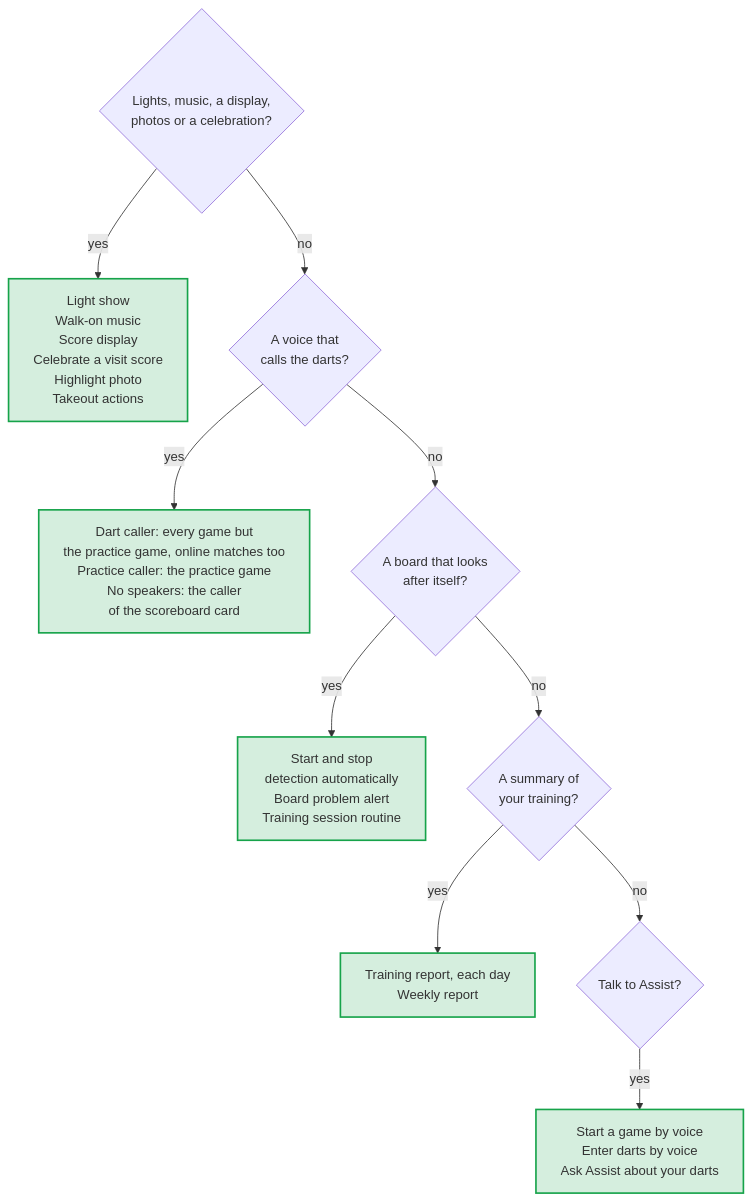
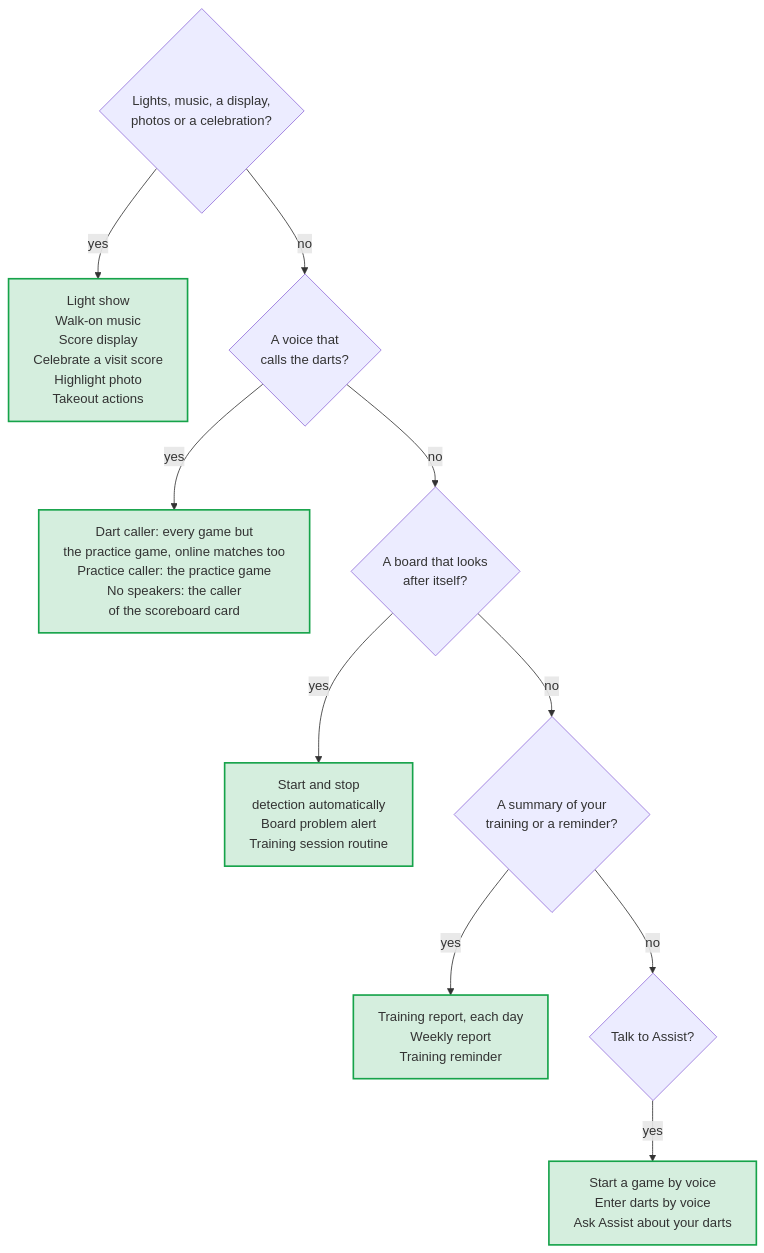
The diagram in docs/diagrams/choose-blueprint.en.mmd (Dennis-Otto/homedarts-for-autodarts), drawn with Mermaid before and after one commit. The commit also changed 38 other files, not shown here.

```diff
--- a/docs/diagrams/choose-blueprint.en.mmd
+++ b/docs/diagrams/choose-blueprint.en.mmd
@@ -1,19 +1,19 @@
 ---
 config:
   flowchart:
     wrappingWidth: 400
 ---
 flowchart TB
   accTitle: Which blueprint fits
-  accDescr: For lights, music, a pixel display, photos and celebrations, take the Light show, Walk-on music, Score display, Celebrate a visit score, Highlight photo or Takeout actions. To call the darts, take the Dart caller for every game but the practice game, online matches too, and the Practice caller for the practice game; the caller of the scoreboard card needs no speakers in Home Assistant. For a board that looks after itself, take Start and stop detection automatically, the Board problem alert or the Training session routine. For a summary of your training, take the Training report each day or the Weekly report. To talk to Assist, take Start a game by voice, Enter darts by voice or Ask Assist about your darts.
+  accDescr: For lights, music, a pixel display, photos and celebrations, take the Light show, Walk-on music, Score display, Celebrate a visit score, Highlight photo or Takeout actions. To call the darts, take the Dart caller for every game but the practice game, online matches too, and the Practice caller for the practice game; the caller of the scoreboard card needs no speakers in Home Assistant. For a board that looks after itself, take Start and stop detection automatically, the Board problem alert or the Training session routine. For a summary of your training or a reminder to train, take the Training report each day, the Weekly report or the Training reminder. To talk to Assist, take Start a game by voice, Enter darts by voice or Ask Assist about your darts.
   MOOD{"Lights, music, a display,<br/>photos or a celebration?"} -- "yes" --> MOODS["Light show<br/>Walk-on music<br/>Score display<br/>Celebrate a visit score<br/>Highlight photo<br/>Takeout actions"]
   MOOD -- "no" --> CALL{"A voice that<br/>calls the darts?"}
   CALL -- "yes" --> CALLS["Dart caller: every game but<br/>the practice game, online matches too<br/>Practice caller: the practice game<br/>No speakers: the caller<br/>of the scoreboard card"]
   CALL -- "no" --> CARE{"A board that looks<br/>after itself?"}
   CARE -- "yes" --> CARES["Start and stop<br/>detection automatically<br/>Board problem alert<br/>Training session routine"]
-  CARE -- "no" --> REPORT{"A summary of<br/>your training?"}
-  REPORT -- "yes" --> REPORTS["Training report, each day<br/>Weekly report"]
+  CARE -- "no" --> REPORT{"A summary of your<br/>training or a reminder?"}
+  REPORT -- "yes" --> REPORTS["Training report, each day<br/>Weekly report<br/>Training reminder"]
   REPORT -- "no" --> VOICE{"Talk to Assist?"}
   VOICE -- "yes" --> VOICES["Start a game by voice<br/>Enter darts by voice<br/>Ask Assist about your darts"]
   classDef done fill:#16a34a2e,stroke:#16a34a,stroke-width:2px
   class MOODS,CALLS,CARES,REPORTS,VOICES done
```
